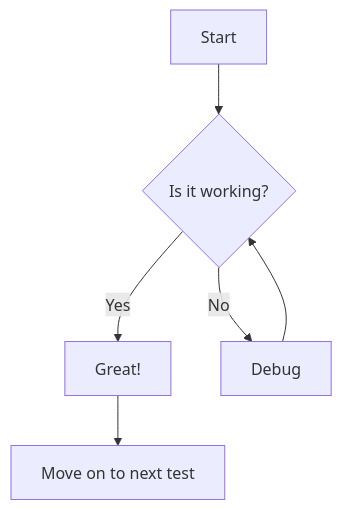
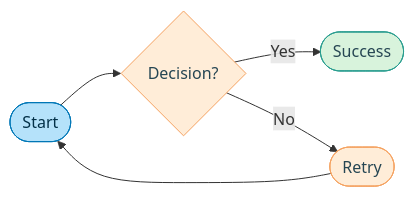
One commit to wenakita/sonicreddragon-docs changed the first of 4 diagrams in docs/concepts/mermaid-test.md. Above: the diagram before and after it, drawn with Mermaid. The commit also changed other lines of this file and 50 other files, not shown here.

Commit message:
Fix Mermaid diagram rendering issues and Unicode corruption

````diff
--- a/docs/concepts/mermaid-test.md
+++ b/docs/concepts/mermaid-test.md
@@ -17,8 +14,15 @@
 ```mermaid
-flowchart TD
-    A[Start] --> B{Is it working?}
-    B -->|Yes| C[Great!]
-    B -->|No| D[Debug]
-    D --> B
-    C --> E[Move on to next test]
+flowchart LR
+    A([Start]) --> B{Decision?}
+    B -->|Yes| C([Success])
+    B -->|No| D([Retry])
+    D --> A
+    
+    classDef start fill:#b5e2fa,stroke:#0077b6,color:#023047
+    classDef process fill:#ffedd8,stroke:#f4a261,color:#264653
+    classDef success fill:#d8f3dc,stroke:#2a9d8f,color:#264653
+    
+    class A start
+    class B,D process
+    class C success
 ```
````
